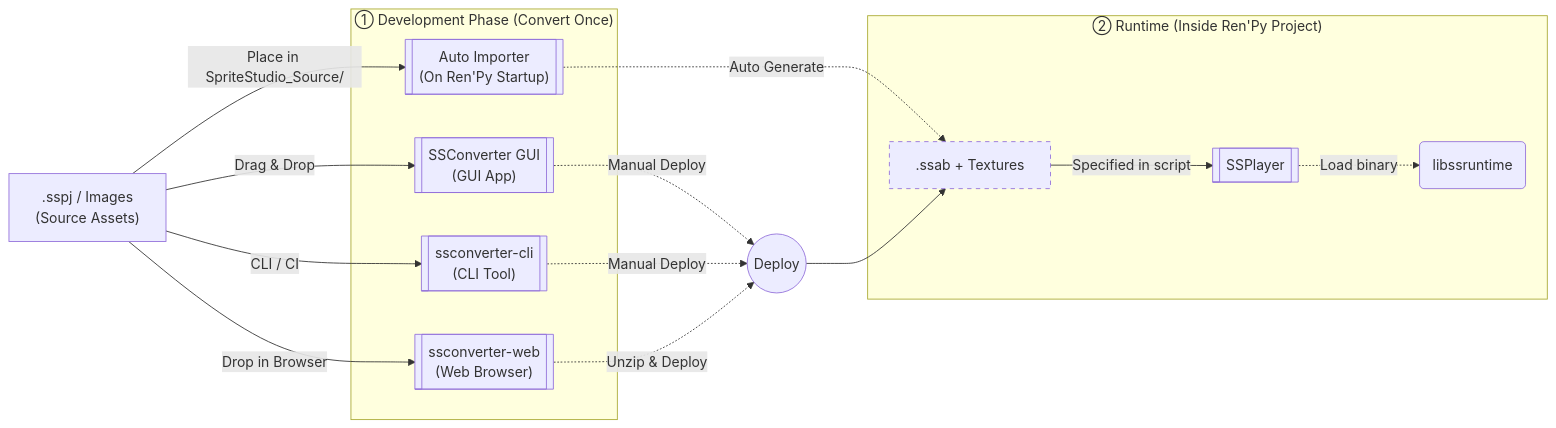
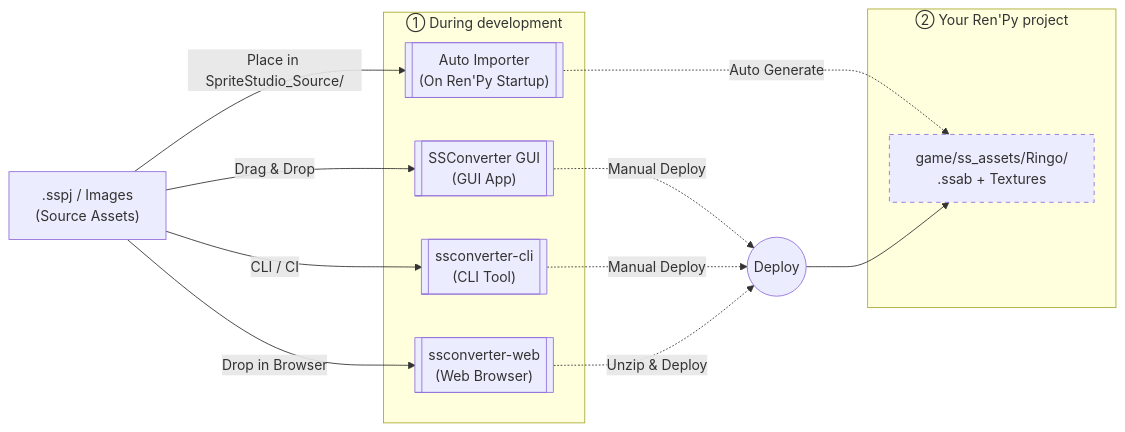
One commit to cri-middleware/SSPlayerForRenPy changed the diagram in docs/en/import.md. Above: the diagram before and after it, drawn with Mermaid. The commit also changed other lines of this file and 4 other files, not shown here.

````diff
--- a/docs/en/import.md
+++ b/docs/en/import.md
@@ -7,36 +7,32 @@
 ```mermaid
 graph LR
     SS[" .sspj / Images<br>(Source Assets) "]
 
-    subgraph Convert ["① Development Phase (Convert Once)"]
+    subgraph Convert ["① During development"]
         AUTO[[" Auto Importer<br>(On Ren'Py Startup) "]]
         GUI[[" SSConverter GUI<br>(GUI App) "]]
         CLI[[" ssconverter-cli<br>(CLI Tool) "]]
         WEB[[" ssconverter-web<br>(Web Browser) "]]
     end
 
     DEPLOY(("Deploy"))
 
-    subgraph RenPy ["② Runtime (Inside Ren'Py Project)"]
-        BIN[" .ssab + Textures "]
-        NODE[[ SSPlayer ]]
-        RT(" libssruntime ")
+    subgraph RenPy ["② Your Ren'Py project"]
+        BIN[" game/ss_assets/Ringo/<br>.ssab + Textures "]
     end
 
     SS -- "Place in SpriteStudio_Source/" --> AUTO
     SS -- "Drag & Drop" --> GUI
     SS -- "CLI / CI" --> CLI
     SS -- "Drop in Browser" --> WEB
     
     AUTO -. "Auto Generate" .-> BIN
     GUI -. "Manual Deploy" .-> DEPLOY
     CLI -. "Manual Deploy" .-> DEPLOY
     WEB -. "Unzip & Deploy" .-> DEPLOY
     
     DEPLOY --> BIN
-    BIN -- "Specified in script" --> NODE
-    NODE -. "Load binary" .-> RT
 
     classDef generated stroke-dasharray: 5 5;
     class BIN generated;
 ```
````
